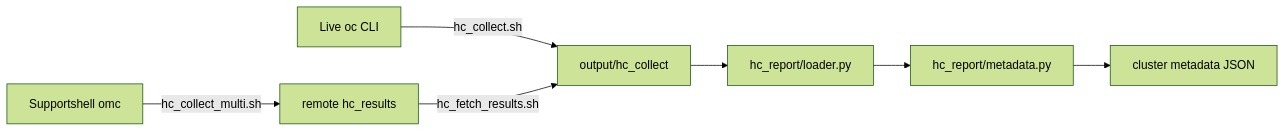
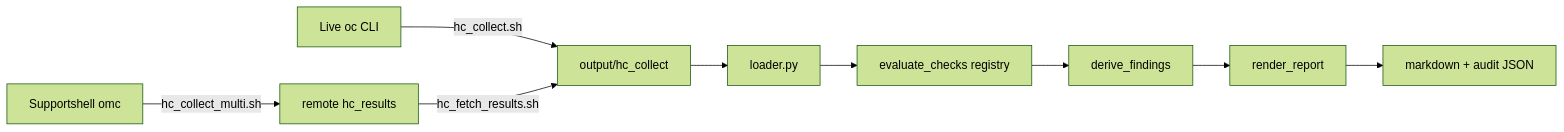
One commit to stratus-ss/arch-design-doc-generator changed the third of 3 diagrams in docs/ARCHITECTURE.md. Above: the diagram before and after it, drawn with Mermaid (forest theme). The commit also changed other lines of this file and 56 other files, not shown here.

````diff
--- a/docs/ARCHITECTURE.md
+++ b/docs/ARCHITECTURE.md
@@ -76,9 +84,11 @@
 ```mermaid
 flowchart LR
     Live[Live oc CLI] -->|hc_collect.sh| CollectOut[output/hc_collect]
     MG[Supportshell omc] -->|hc_collect_multi.sh| Remote[remote hc_results]
     Remote -->|hc_fetch_results.sh| CollectOut
-    CollectOut --> Loader[hc_report/loader.py]
-    Loader --> Metadata[hc_report/metadata.py]
-    Metadata --> MetaJSON[cluster metadata JSON]
+    CollectOut --> Loader[loader.py]
+    Loader --> Evaluate[evaluate_checks registry]
+    Evaluate --> Findings[derive_findings]
+    Findings --> Renderer[render_report]
+    Renderer --> ReportMd[markdown + audit JSON]
 ```
````
